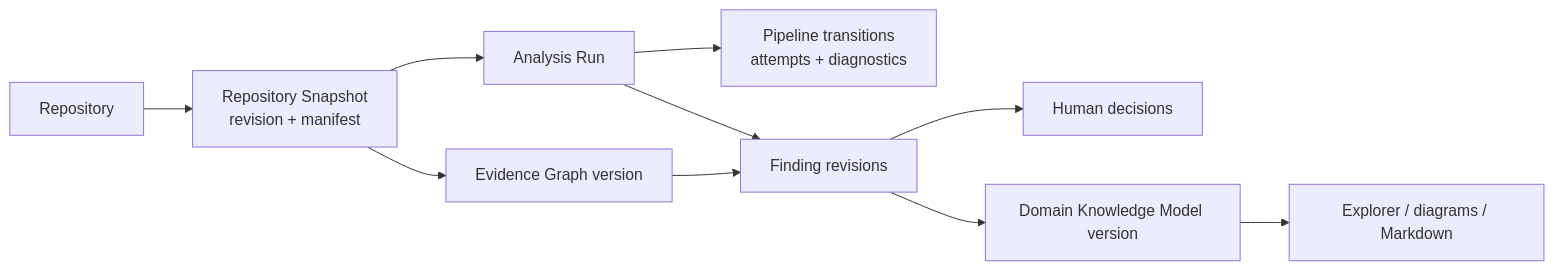
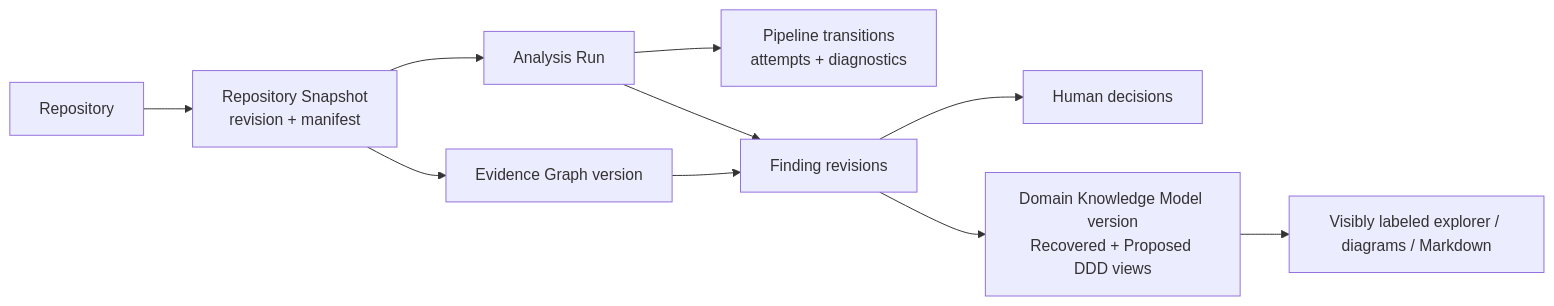
The diagram in docs/architecture/08-persistence-architecture.md (ksharik/domainLens), drawn with Mermaid before and after one commit. The commit also changed other lines of this file and 17 other files, not shown here.

````diff
--- a/docs/architecture/08-persistence-architecture.md
+++ b/docs/architecture/08-persistence-architecture.md
@@ -30,12 +30,12 @@
 ```mermaid
 flowchart LR
     Repo["Repository"] --> Snap["Repository Snapshot<br/>revision + manifest"]
     Snap --> Run["Analysis Run"]
     Run --> State["Pipeline transitions<br/>attempts + diagnostics"]
     Snap --> Evidence["Evidence Graph version"]
     Evidence --> Finding["Finding revisions"]
     Run --> Finding
     Finding --> Human["Human decisions"]
-    Finding --> DKM["Domain Knowledge Model version"]
-    DKM --> Projection["Explorer / diagrams / Markdown"]
+    Finding --> DKM["Domain Knowledge Model version<br/>Recovered + Proposed DDD views"]
+    DKM --> Projection["Visibly labeled explorer / diagrams / Markdown"]
 ```
````
